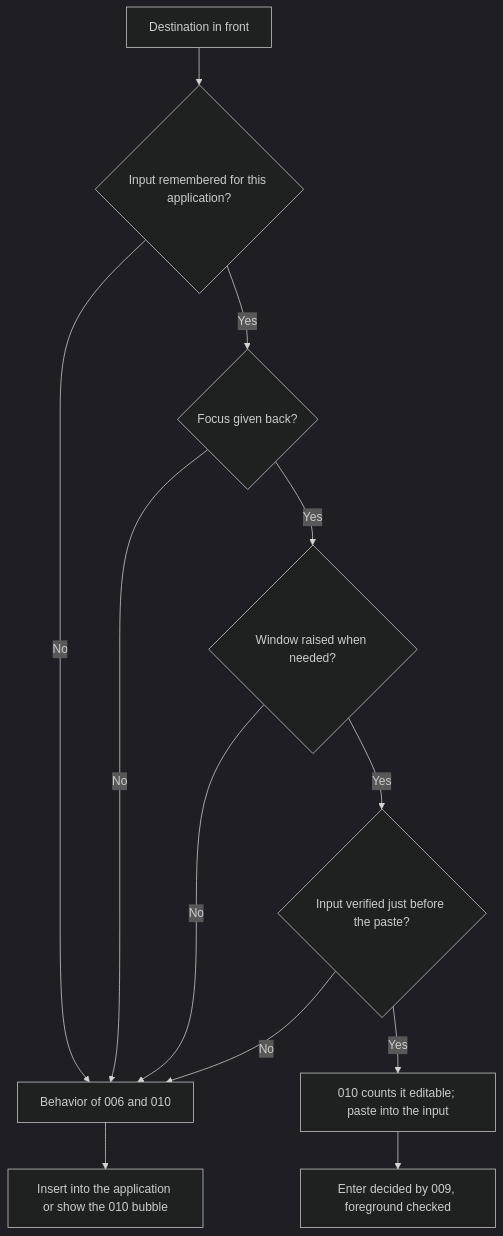
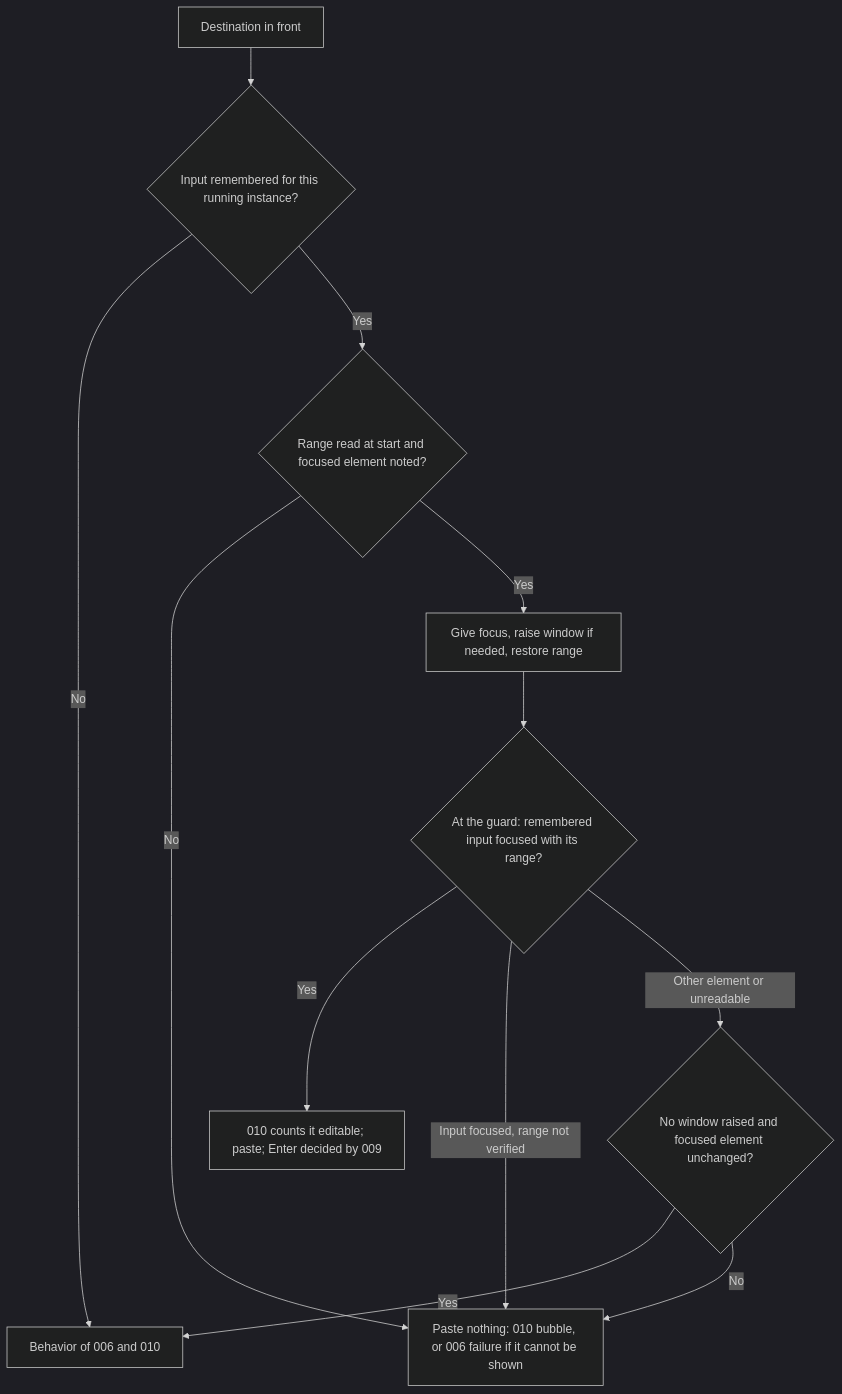
One commit to julien-m/handy changed the third of 4 diagrams in .specs/features/011-dictation-field-return/spec.md. Above: the diagram before and after it, drawn with Mermaid (dark theme). The commit also changed other lines of this file and 2 other files, not shown here.

````diff
--- a/.specs/features/011-dictation-field-return/spec.md
+++ b/.specs/features/011-dictation-field-return/spec.md
@@ -138,14 +145,14 @@
 ```mermaid
 flowchart TD
-  A[Destination in front] --> B{Input remembered for this application?}
+  A[Destination in front] --> B{Input remembered for this running instance?}
   B -- No --> F[Behavior of 006 and 010]
-  B -- Yes --> C{Focus given back?}
-  C -- No --> F
-  C -- Yes --> D{Window raised when needed?}
-  D -- No --> F
-  D -- Yes --> E{Input verified just before the paste?}
-  E -- No --> F
-  E -- Yes --> G[010 counts it editable; paste into the input]
-  G --> H[Enter decided by 009, foreground checked]
-  F --> I[Insert into the application or show the 010 bubble]
+  B -- Yes --> C{Range read at start and focused element noted?}
+  C -- No --> X[Paste nothing: 010 bubble, or 006 failure if it cannot be shown]
+  C -- Yes --> D[Give focus, raise window if needed, restore range]
+  D --> E{At the guard: remembered input focused with its range?}
+  E -- Yes --> G[010 counts it editable; paste; Enter decided by 009]
+  E -- Input focused, range not verified --> X
+  E -- Other element or unreadable --> H{No window raised and focused element unchanged?}
+  H -- Yes --> F
+  H -- No --> X
 ```
````
